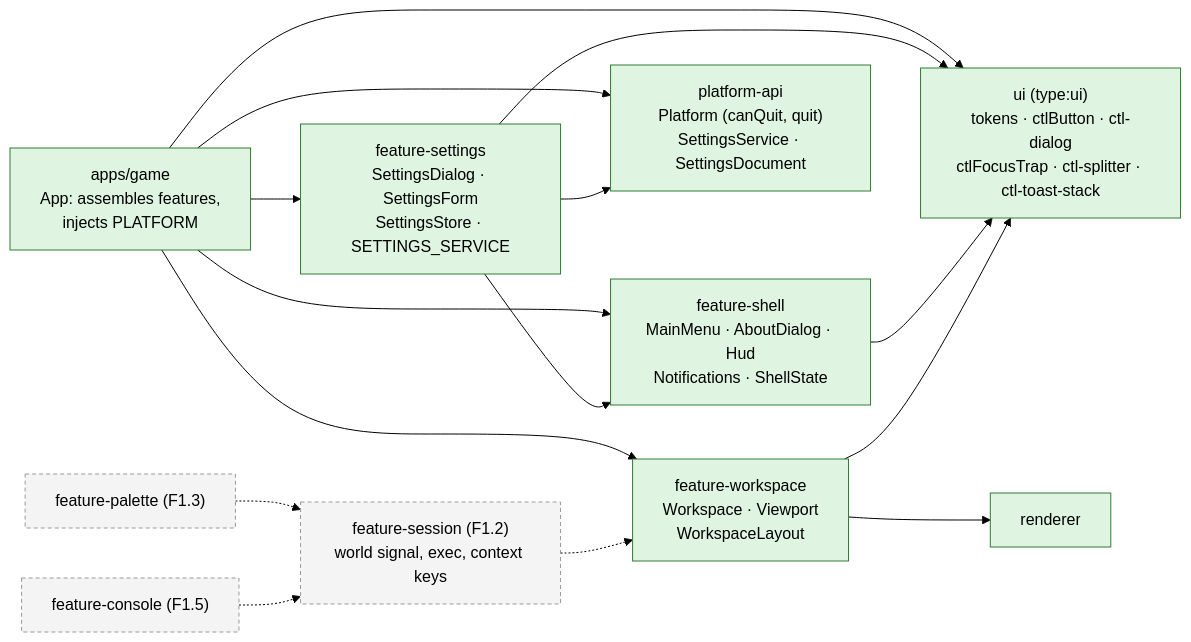
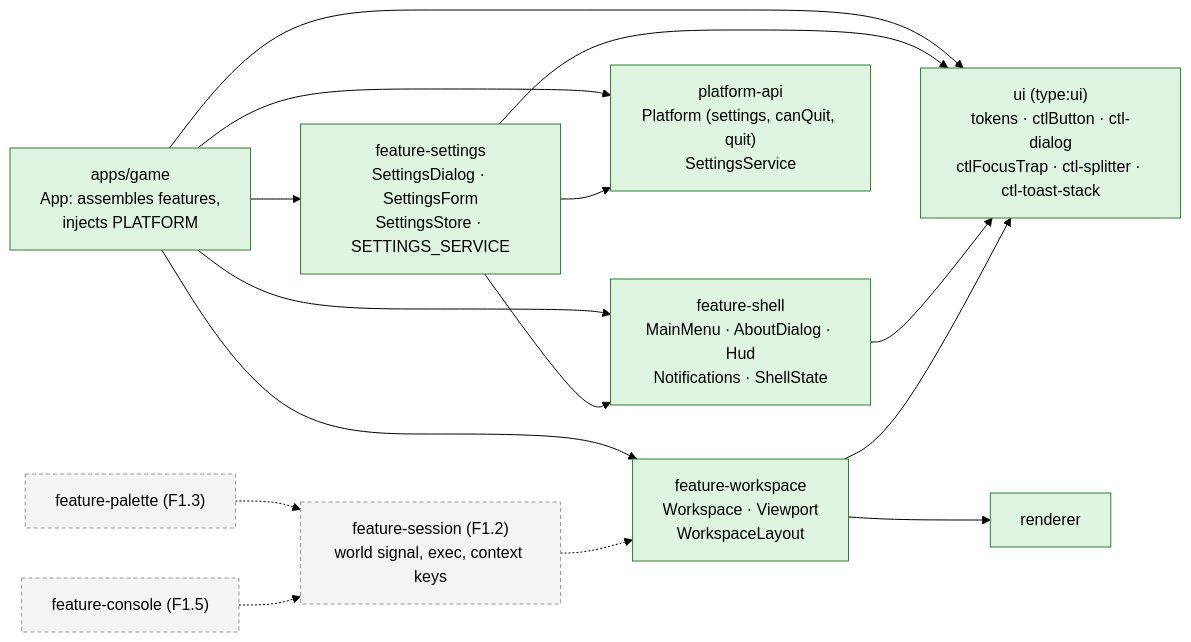
Before and after one commit to joebarbere/controls: the first of 5 diagrams in docs/architecture/ui-shell.md, drawn with Mermaid (forest theme). The commit also changed other lines of this file and 54 other files, not shown here.

````diff
--- a/docs/architecture/ui-shell.md
+++ b/docs/architecture/ui-shell.md
@@ -7,23 +7,23 @@
 ```mermaid
 flowchart LR
     classDef done fill:#dff5e1,stroke:#2e7d32;
     classDef later fill:#f4f4f4,stroke:#999,stroke-dasharray: 4 3;
 
     GAME["apps/game<br/>App: assembles features,<br/>injects PLATFORM"]:::done
     SHELL["feature-shell<br/>MainMenu · AboutDialog · Hud<br/>Notifications · ShellState"]:::done
     WS["feature-workspace<br/>Workspace · Viewport<br/>WorkspaceLayout"]:::done
     SET["feature-settings<br/>SettingsDialog · SettingsForm<br/>SettingsStore · SETTINGS_SERVICE"]:::done
     UI["ui (type:ui)<br/>tokens · ctlButton · ctl-dialog<br/>ctlFocusTrap · ctl-splitter · ctl-toast-stack"]:::done
-    PAPI["platform-api<br/>Platform (canQuit, quit)<br/>SettingsService · SettingsDocument"]:::done
+    PAPI["platform-api<br/>Platform (settings, canQuit, quit)<br/>SettingsService"]:::done
     REND["renderer"]:::done
     SESS["feature-session (F1.2)<br/>world signal, exec, context keys"]:::later
     PAL["feature-palette (F1.3)"]:::later
     CON["feature-console (F1.5)"]:::later
 
     GAME --> SHELL & WS & SET & UI & PAPI
     SET --> SHELL & UI & PAPI
     SHELL --> UI
     WS --> UI & REND
     PAL & CON -.-> SESS
     SESS -.-> WS
 ```
````
